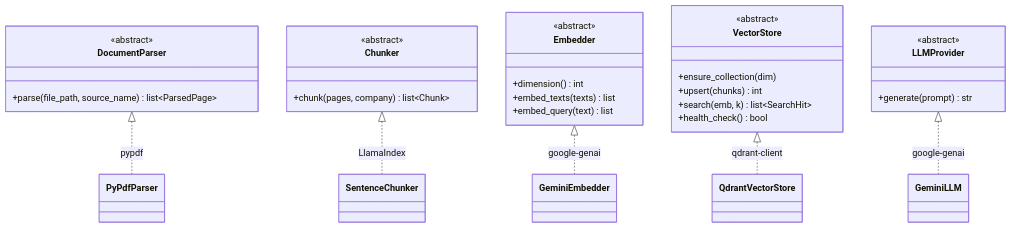
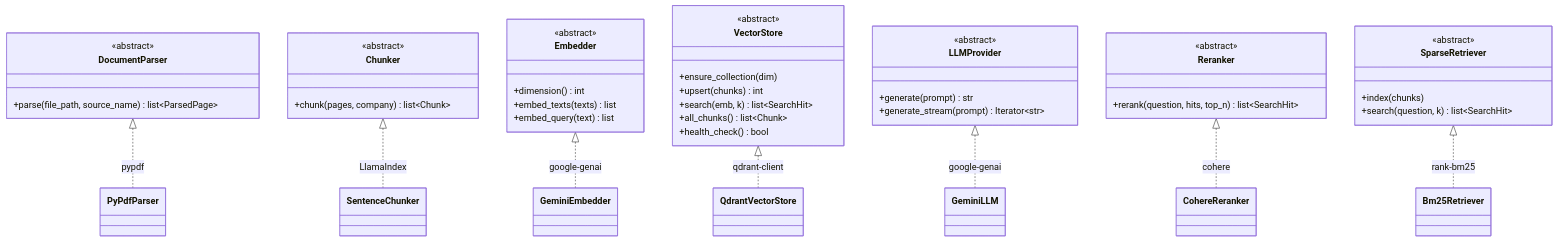
Before and after one commit to RajatRajSharma/finQueryBackend: the first of 6 diagrams in README.md, drawn with Mermaid. The commit also changed other lines of this file, not shown here.

````diff
--- a/README.md
+++ b/README.md
@@ -217,34 +234,47 @@
 ```mermaid
 classDiagram
     class DocumentParser {
         <<abstract>>
         +parse(file_path, source_name) list~ParsedPage~
     }
     class Chunker {
         <<abstract>>
         +chunk(pages, company) list~Chunk~
     }
     class Embedder {
         <<abstract>>
         +dimension() int
         +embed_texts(texts) list
         +embed_query(text) list
     }
     class VectorStore {
         <<abstract>>
         +ensure_collection(dim)
         +upsert(chunks) int
         +search(emb, k) list~SearchHit~
+        +all_chunks() list~Chunk~
         +health_check() bool
     }
     class LLMProvider {
         <<abstract>>
         +generate(prompt) str
+        +generate_stream(prompt) Iterator~str~
+    }
+    class Reranker {
+        <<abstract>>
+        +rerank(question, hits, top_n) list~SearchHit~
+    }
+    class SparseRetriever {
+        <<abstract>>
+        +index(chunks)
+        +search(question, k) list~SearchHit~
     }
 
     DocumentParser <|.. PyPdfParser : pypdf
     Chunker <|.. SentenceChunker : LlamaIndex
     Embedder <|.. GeminiEmbedder : google-genai
     VectorStore <|.. QdrantVectorStore : qdrant-client
     LLMProvider <|.. GeminiLLM : google-genai
+    Reranker <|.. CohereReranker : cohere
+    SparseRetriever <|.. Bm25Retriever : rank-bm25
 ```
````
